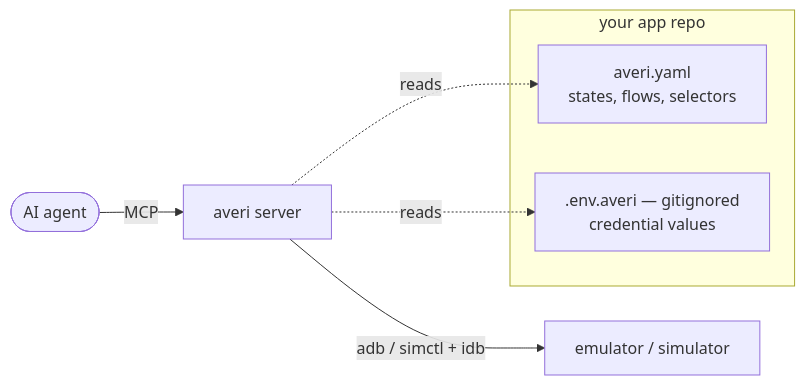
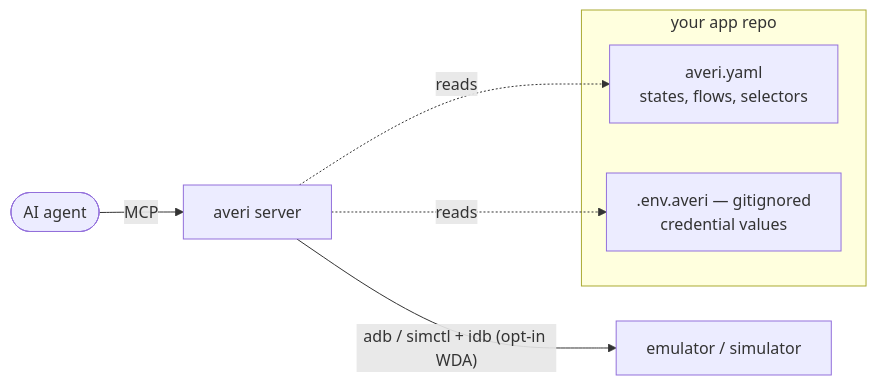
Before and after one commit to mholecy/averi: the first of 2 diagrams in README.md, drawn with Mermaid. The commit also changed other lines of this file and 4 other files, not shown here.

````diff
--- a/README.md
+++ b/README.md
@@ -29,11 +29,11 @@
 ```mermaid
 flowchart LR
     A(["AI agent"]) -- MCP --> S["averi server"]
-    S -- "adb / simctl + idb" --> D["emulator / simulator"]
+    S -- "adb / simctl + idb (opt-in WDA)" --> D["emulator / simulator"]
     subgraph R["your app repo"]
         Y["averi.yaml<br/>states, flows, selectors"]
         E[".env.averi — gitignored<br/>credential values"]
     end
     S -. reads .-> Y
     S -. reads .-> E
 ```
````
